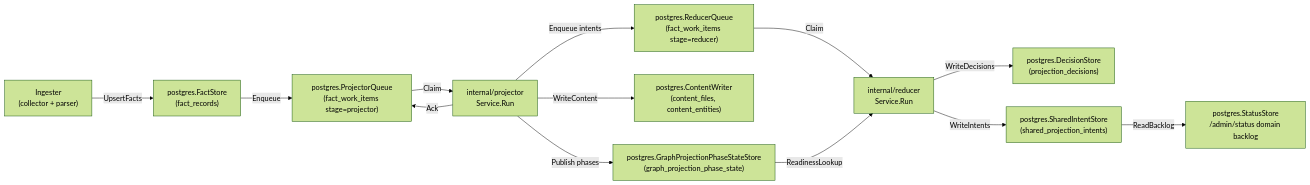
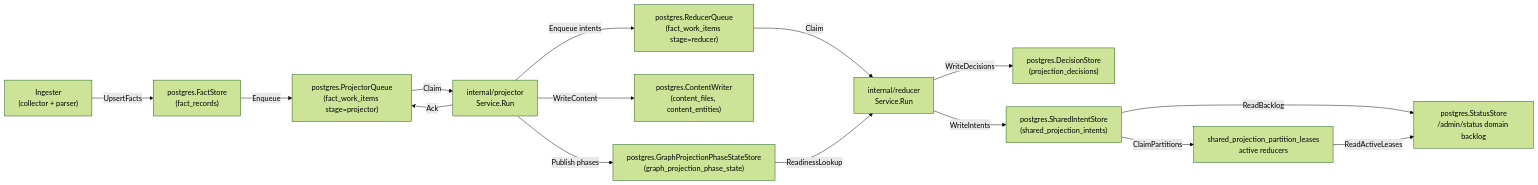
Before and after one commit to eshu-hq/eshu: the first of 2 diagrams in go/internal/storage/postgres/README.md, drawn with Mermaid (forest theme). The commit also changed other lines of this file and 13 other files, not shown here.

Commit message:
fix(status): report active shared projection leases

````diff
--- a/go/internal/storage/postgres/README.md
+++ b/go/internal/storage/postgres/README.md
@@ -10,15 +10,17 @@
 ```mermaid
 flowchart LR
   A["Ingester\n(collector + parser)"] -->|UpsertFacts| B["postgres.FactStore\n(fact_records)"]
   B -->|Enqueue| C["postgres.ProjectorQueue\n(fact_work_items stage=projector)"]
   C -->|Claim| D["internal/projector\nService.Run"]
   D -->|Ack| C
   D -->|Enqueue intents| E["postgres.ReducerQueue\n(fact_work_items stage=reducer)"]
   E -->|Claim| F["internal/reducer\nService.Run"]
   D -->|WriteContent| G["postgres.ContentWriter\n(content_files, content_entities)"]
   D -->|Publish phases| H["postgres.GraphProjectionPhaseStateStore\n(graph_projection_phase_state)"]
   H -->|ReadinessLookup| F
   F -->|WriteDecisions| I["postgres.DecisionStore\n(projection_decisions)"]
   F -->|WriteIntents| J["postgres.SharedIntentStore\n(shared_projection_intents)"]
   J -->|ReadBacklog| K["postgres.StatusStore\n/admin/status domain backlog"]
+  J -->|ClaimPartitions| L["shared_projection_partition_leases\nactive reducers"]
+  L -->|ReadActiveLeases| K
 ```
````
